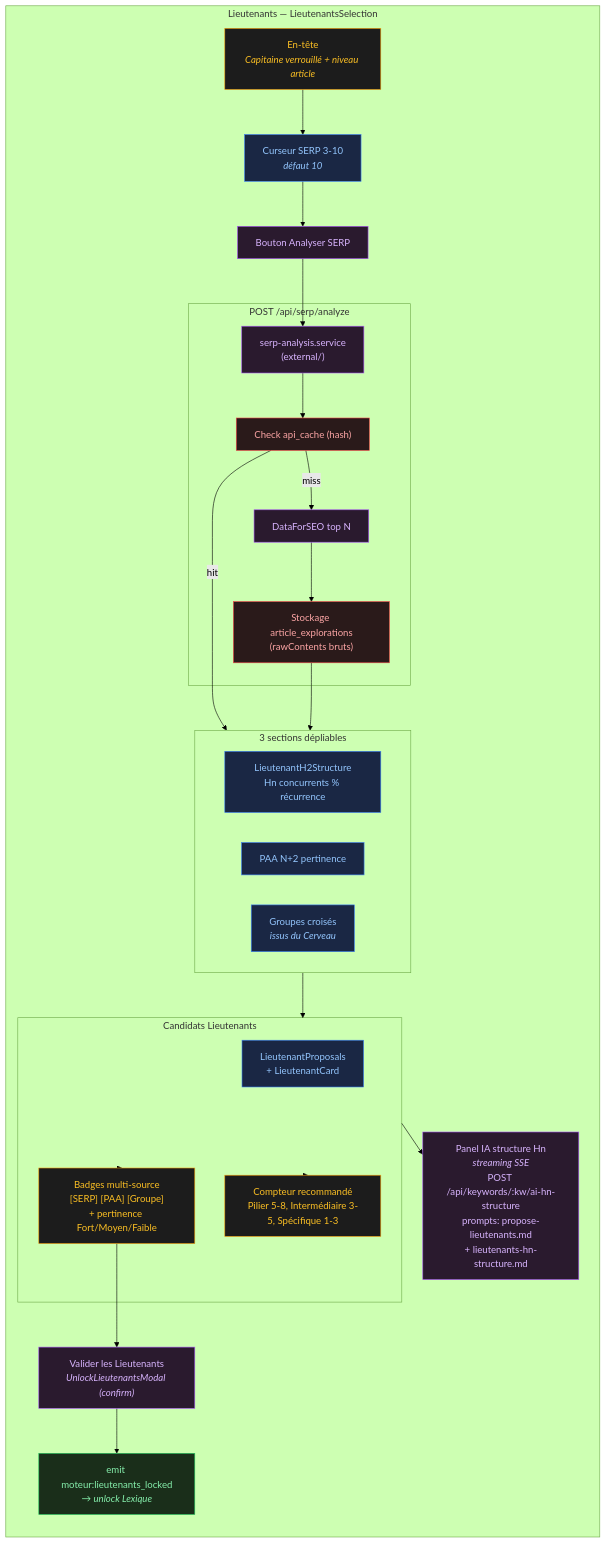
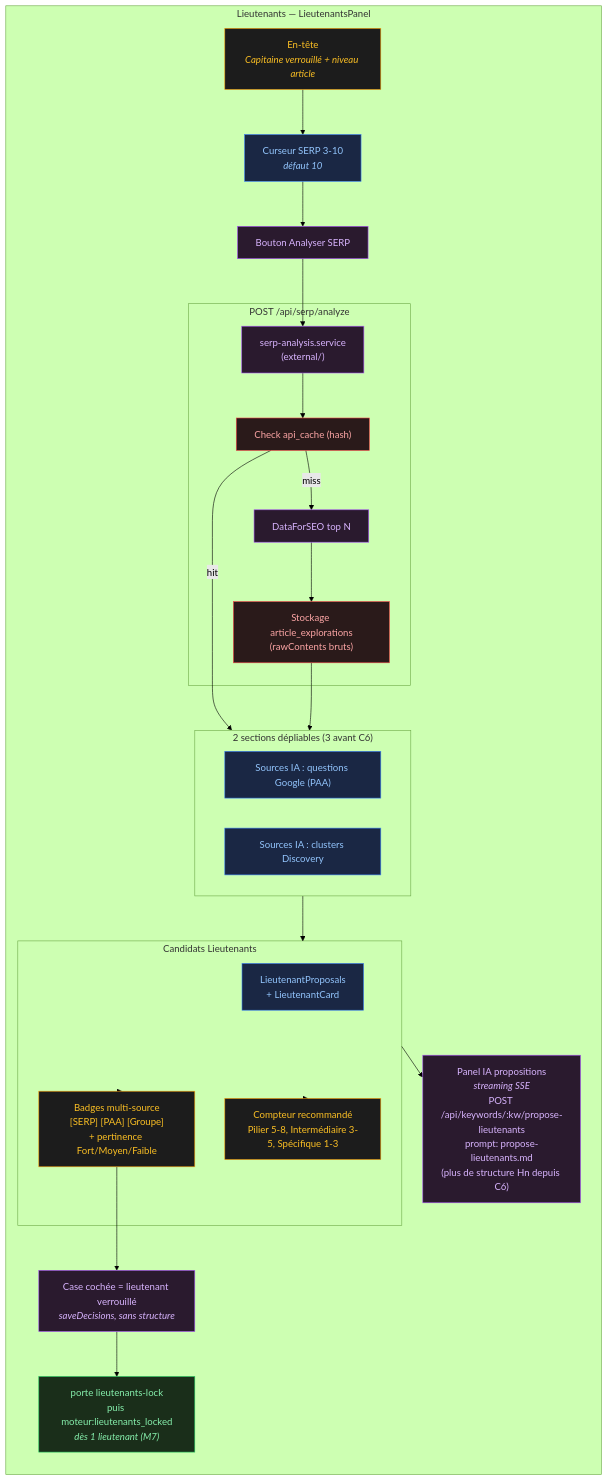
The fifth of 15 diagrams in docs/moteur-data-flow.md (annubis-knight/Blog_Redactor_SEO), drawn with Mermaid (forest theme) before and after one commit. The commit also changed other lines of this file and 11 other files, not shown here.

````diff
--- a/docs/moteur-data-flow.md
+++ b/docs/moteur-data-flow.md
@@ -290,54 +302,53 @@
 ```mermaid
 flowchart LR
   classDef tab fill:#1a2744,stroke:#3b82f6,color:#93c5fd
   classDef data fill:#1c1c1c,stroke:#f59e0b,color:#fbbf24
   classDef action fill:#2a1a2e,stroke:#a855f7,color:#d8b4fe
   classDef cache fill:#2a1a1a,stroke:#ef4444,color:#fca5a5
   classDef emit fill:#1a2e1a,stroke:#22c55e,color:#86efac
 
-  subgraph LT["Lieutenants — LieutenantsSelection"]
+  subgraph LT["Lieutenants — LieutenantsPanel"]
     direction TB
 
     HEAD["En-tête<br/><i>Capitaine verrouillé + niveau article</i>"]:::data
     CURSOR["Curseur SERP 3-10<br/><i>défaut 10</i>"]:::tab
     BTN["Bouton Analyser SERP"]:::action
 
     subgraph API["POST /api/serp/analyze"]
       SRV["serp-analysis.service<br/>(external/)"]:::action
       CK["Check api_cache (hash)"]:::cache
       DFSEO["DataForSEO top N"]:::action
       STORE_DB["Stockage article_explorations<br/>(rawContents bruts)"]:::cache
     end
 
-    subgraph SECTIONS["3 sections dépliables"]
-      H2["LieutenantH2Structure<br/>Hn concurrents % récurrence"]:::tab
-      PAA["PAA N+2 pertinence"]:::tab
-      GROUPS["Groupes croisés<br/><i>issus du Cerveau</i>"]:::tab
+    subgraph SECTIONS["2 sections dépliables (3 avant C6)"]
+      PAA["Sources IA : questions Google (PAA)"]:::tab
+      GROUPS["Sources IA : clusters Discovery"]:::tab
     end
 
     subgraph CANDIDATS["Candidats Lieutenants"]
       LPROP["LieutenantProposals<br/>+ LieutenantCard"]:::tab
       BADGES["Badges multi-source<br/>[SERP] [PAA] [Groupe]<br/>+ pertinence Fort/Moyen/Faible"]:::data
       COUNT["Compteur recommandé<br/>Pilier 5-8, Intermédiaire 3-5, Spécifique 1-3"]:::data
     end
 
-    AI_LT["Panel IA structure Hn<br/><i>streaming SSE</i><br/>POST /api/keywords/:kw/ai-hn-structure<br/>prompts: propose-lieutenants.md<br/>+ lieutenants-hn-structure.md"]:::action
-    VALIDATE["Valider les Lieutenants<br/><i>UnlockLieutenantsModal (confirm)</i>"]:::action
-    CHECK["emit moteur:lieutenants_locked<br/><i>→ unlock Lexique</i>"]:::emit
+    AI_LT["Panel IA propositions<br/><i>streaming SSE</i><br/>POST /api/keywords/:kw/propose-lieutenants<br/>prompt: propose-lieutenants.md<br/>(plus de structure Hn depuis C6)"]:::action
+    VALIDATE["Case cochée = lieutenant verrouillé<br/><i>saveDecisions, sans structure</i>"]:::action
+    CHECK["porte lieutenants-lock<br/>puis moteur:lieutenants_locked<br/><i>dès 1 lieutenant (M7)</i>"]:::emit
 
     HEAD --> CURSOR
     CURSOR --> BTN
     BTN --> SRV
     SRV --> CK
     CK -->|miss| DFSEO
     CK -->|hit| SECTIONS
     DFSEO --> STORE_DB
     STORE_DB --> SECTIONS
     SECTIONS --> CANDIDATS
     CANDIDATS --> BADGES
     CANDIDATS --> COUNT
     CANDIDATS --> AI_LT
     BADGES --> VALIDATE
     VALIDATE --> CHECK
   end
 ```
````
